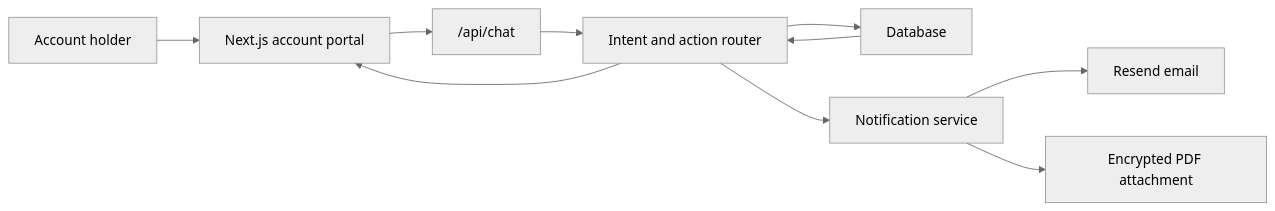
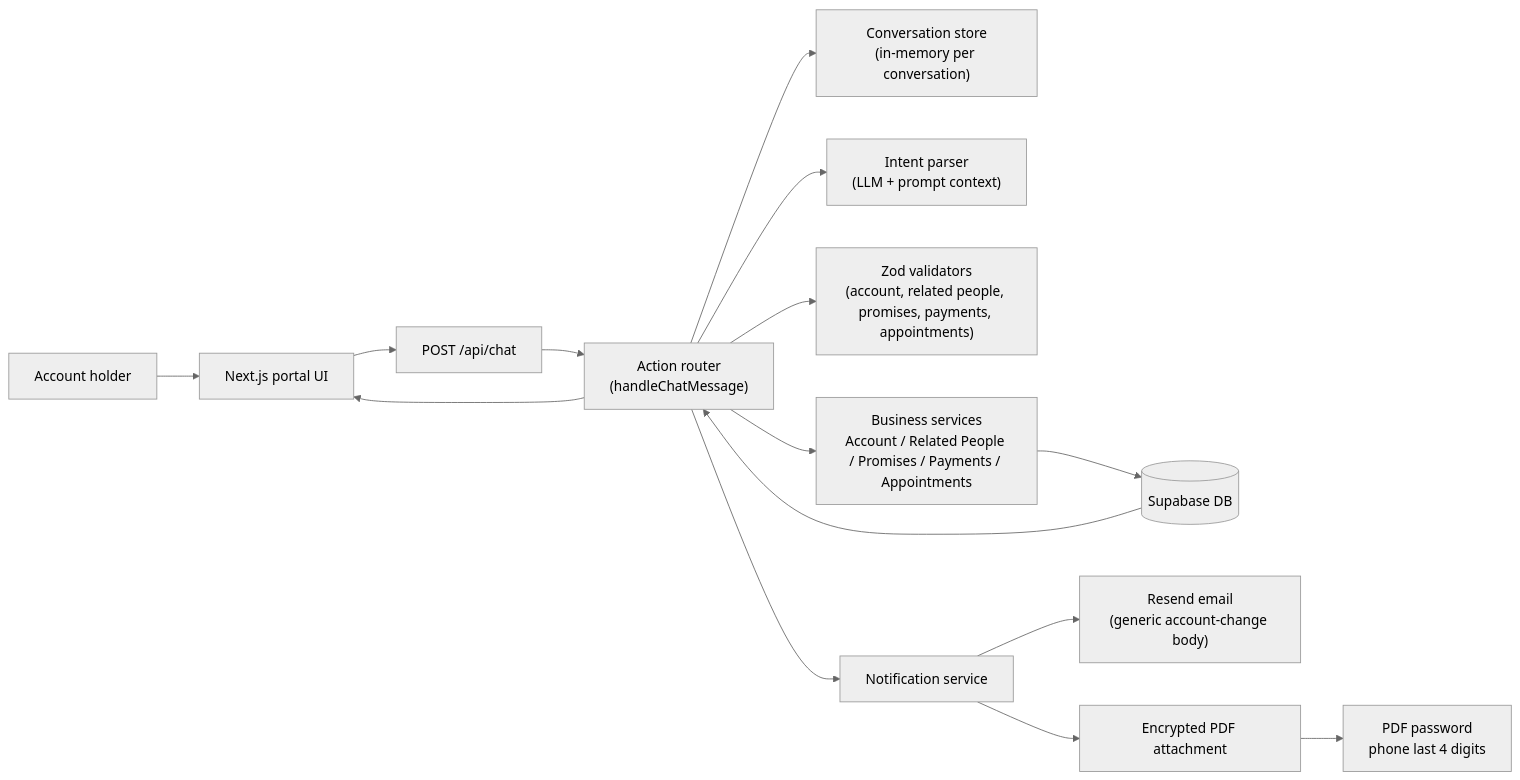
One commit to kukoyio/debtor-portal-challenge changed the diagram in architecture-diagram.md. Above: the diagram before and after it, drawn with Mermaid (neutral theme). The commit also changed other lines of this file and 2 other files, not shown here.

Commit message:
feat: update environment configuration and enhance architecture diagram for clarity

````diff
--- a/architecture-diagram.md
+++ b/architecture-diagram.md
@@ -5,12 +3,21 @@
 ```mermaid
 flowchart LR
-  User["Account holder"] --> UI["Next.js account portal"]
-  UI --> ChatAPI["/api/chat"]
-  ChatAPI --> Router["Intent and action router"]
-  Router --> DB["Database"]
+  User["Account holder"] --> UI["Next.js portal UI"]
+  UI --> ChatAPI["POST /api/chat"]
+  ChatAPI --> Router["Action router<br/>(handleChatMessage)"]
+
+  Router --> Store["Conversation store<br/>(in-memory per conversation)"]
+  Router --> Parser["Intent parser<br/>(LLM + prompt context)"]
+  Router --> Validator["Zod validators<br/>(account, related people, promises, payments, appointments)"]
+
+  Router --> Services["Business services<br/>Account / Related People / Promises / Payments / Appointments"]
+  Services --> DB[("Supabase DB")]
+
   Router --> Notification["Notification service"]
-  Notification --> Email["Resend email"]
+  Notification --> Email["Resend email<br/>(generic account-change body)"]
   Notification --> PDF["Encrypted PDF attachment"]
+  PDF --> Password["PDF password<br/>phone last 4 digits"]
+
   DB --> Router
   Router --> UI
-```
+``` 
````
